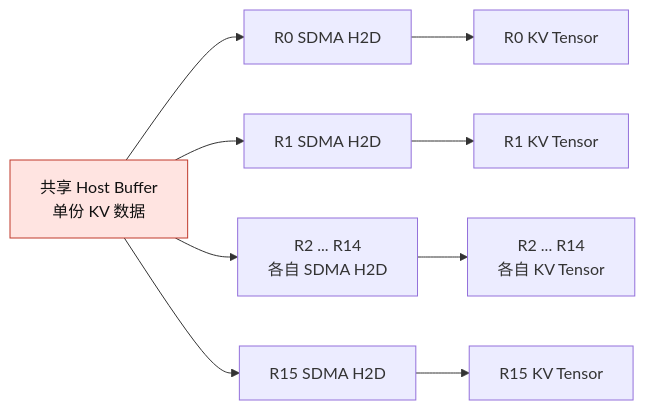
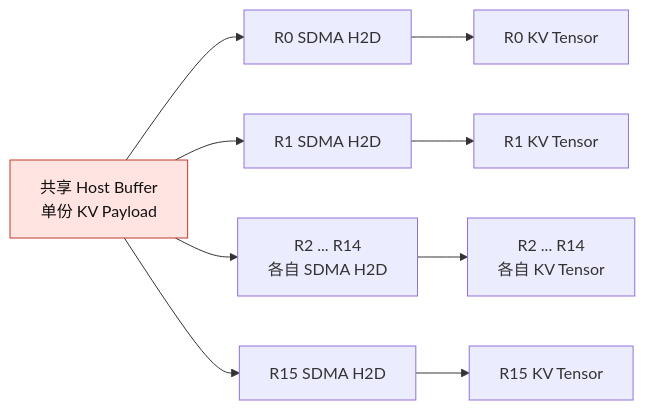
The first of 5 diagrams in docs/source/developer-guide/tp16_broadcast_load_design.md (NaganooMei/unified-cache-management), drawn with Mermaid before and after one commit. The commit also changed other lines of this file and 3 other files, not shown here.

````diff
--- a/docs/source/developer-guide/tp16_broadcast_load_design.md
+++ b/docs/source/developer-guide/tp16_broadcast_load_design.md
@@ -41,12 +45,12 @@
 ```mermaid
 flowchart LR
-    SHM["共享 Host Buffer<br/>单份 KV 数据"]
+    SHM["共享 Host Buffer<br/>单份 KV Payload"]
 
     SHM --> H0["R0 SDMA H2D"] --> K0["R0 KV Tensor"]
     SHM --> H1["R1 SDMA H2D"] --> K1["R1 KV Tensor"]
     SHM --> HM["R2 ... R14<br/>各自 SDMA H2D"] --> KM["R2 ... R14<br/>各自 KV Tensor"]
     SHM --> H15["R15 SDMA H2D"] --> K15["R15 KV Tensor"]
 
     classDef pressure fill:#ffe4e1,stroke:#c0392b,color:#111;
     class SHM pressure;
 ```
````
